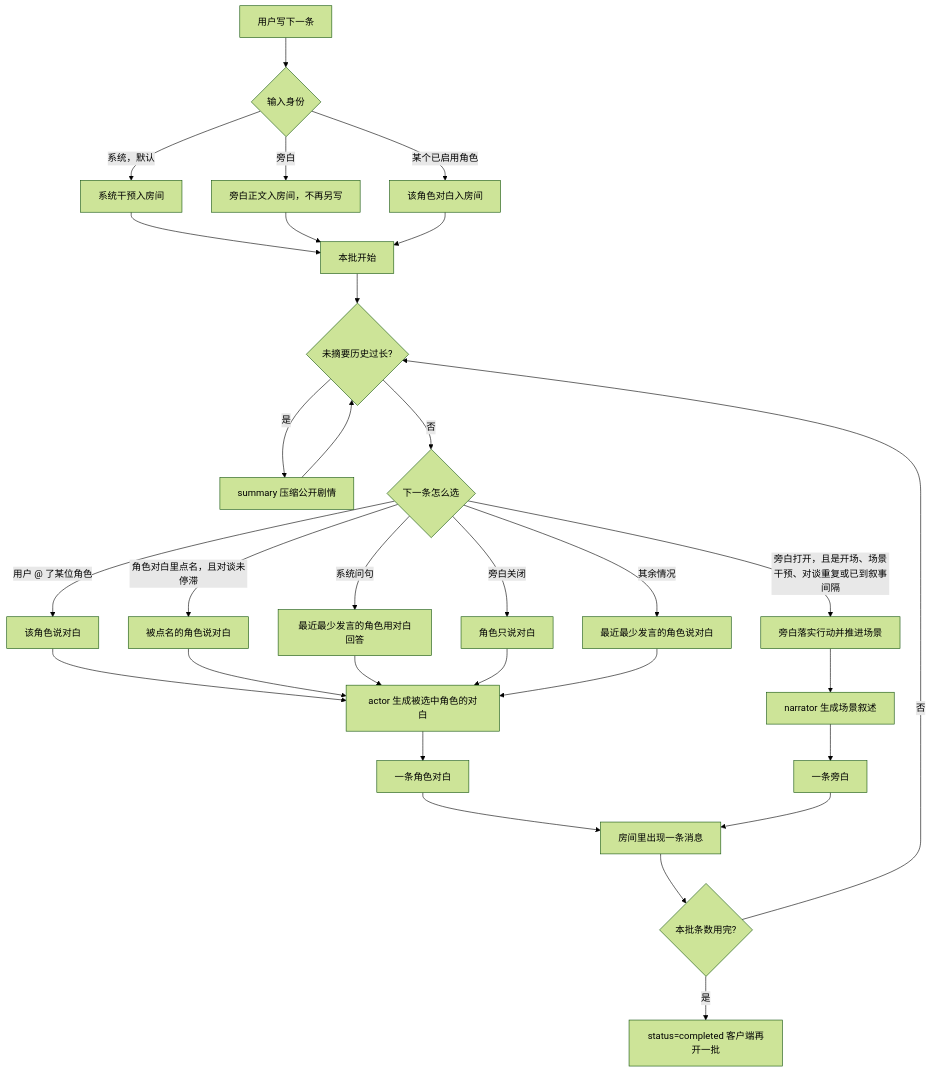
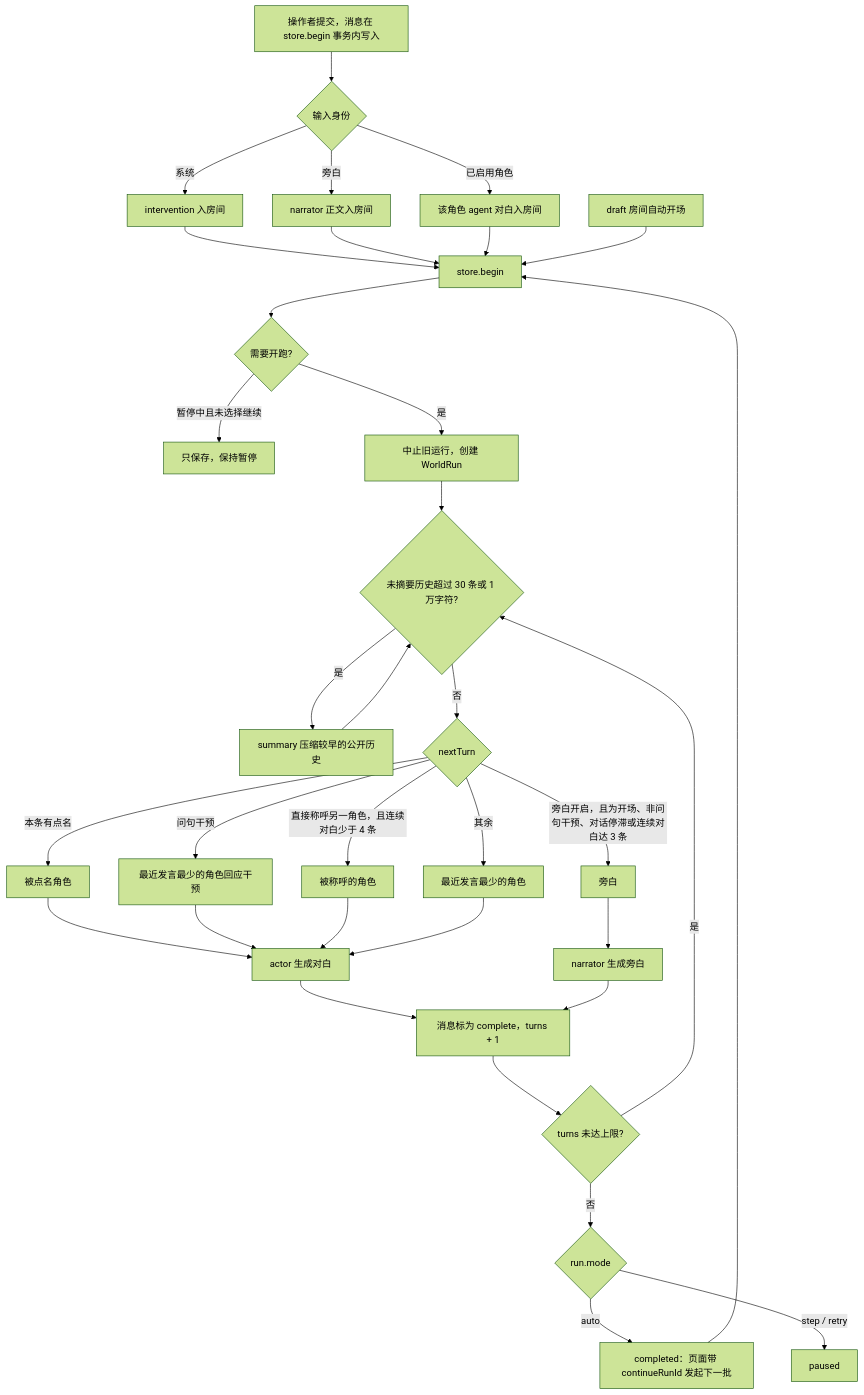
One commit to marvin-season/landing-page changed the first of 5 diagrams in docs/open-world/flowcharts.md. Above: the diagram before and after it, drawn with Mermaid (forest theme). The commit also changed other lines of this file and 7 other files, not shown here.

````diff
--- a/docs/open-world/flowcharts.md
+++ b/docs/open-world/flowcharts.md
@@ -9,33 +9,36 @@
 ```mermaid
 flowchart TD
-  input[用户写下一条] --> identity{输入身份}
-  identity -->|系统，默认| systemMsg[系统干预入房间]
-  identity -->|旁白| narrationMsg[旁白正文入房间，不再另写]
-  identity -->|某个已启用角色| roleMsg[该角色对白入房间]
-  systemMsg --> start
-  narrationMsg --> start
-  roleMsg --> start
-  start[本批开始] --> summary{未摘要历史过长?}
-  summary -->|是| sumAgent[summary 压缩公开剧情]
+  input[操作者提交，消息在 store.begin 事务内写入] --> identity{输入身份}
+  identity -->|系统| systemMsg[intervention 入房间]
+  identity -->|旁白| narrationMsg[narrator 正文入房间]
+  identity -->|已启用角色| roleMsg[该角色 agent 对白入房间]
+  systemMsg --> begin[store.begin]
+  narrationMsg --> begin
+  roleMsg --> begin
+  autoStart[draft 房间自动开场] --> begin
+  begin --> start{需要开跑?}
+  start -->|暂停中且未选择继续| saved[只保存，保持暂停]
+  start -->|是| run[中止旧运行，创建 WorldRun]
+  run --> summary{未摘要历史超过 30 条或 1 万字符?}
+  summary -->|是| sumAgent[summary 压缩较早的公开历史]
   sumAgent --> summary
-  summary -->|否| pick{下一条怎么选}
-  pick -->|用户 @ 了某位角色| named[该角色说对白]
-  pick -->|角色对白里点名，且对谈未停滞| reply[被点名的角色说对白]
-  pick -->|系统问句| ask[最近最少发言的角色用对白回答]
-  pick -->|旁白关闭| talk[角色只说对白]
-  pick -->|旁白打开，且是开场、场景干预、对谈重复或已到叙事间隔| narrate[旁白落实行动并推进场景]
-  pick -->|其余情况| least[最近最少发言的角色说对白]
-  named --> actorAgent[actor 生成被选中角色的对白]
-  reply --> actorAgent
-  ask --> actorAgent
-  talk --> actorAgent
-  least --> actorAgent
-  actorAgent --> line[一条角色对白]
-  narrate --> narratorAgent[narrator 生成场景叙述]
-  narratorAgent --> narrator[一条旁白]
-  line --> visible[房间里出现一条消息]
-  narrator --> visible
-  visible --> next{本批条数用完?}
-  next -->|否| summary
-  next -->|是| done[status=completed 客户端再开一批]
+  summary -->|否| pick{nextTurn}
+  pick -->|本条有点名| named[被点名角色]
+  pick -->|问句干预| ask[最近发言最少的角色回应干预]
+  pick -->|直接称呼另一角色，且连续对白少于 4 条| reply[被称呼的角色]
+  pick -->|旁白开启，且为开场、非问句干预、对话停滞或连续对白达 3 条| narrate[旁白]
+  pick -->|其余| least[最近发言最少的角色]
+  named --> actor[actor 生成对白]
+  ask --> actor
+  reply --> actor
+  least --> actor
+  narrate --> narrator[narrator 生成旁白]
+  actor --> saveMsg[消息标为 complete，turns + 1]
+  narrator --> saveMsg
+  saveMsg --> more{turns 未达上限?}
+  more -->|是| summary
+  more -->|否| finish{run.mode}
+  finish -->|auto| completed[completed：页面带 continueRunId 发起下一批]
+  finish -->|step / retry| paused[paused]
+  completed --> begin
 ```
````
